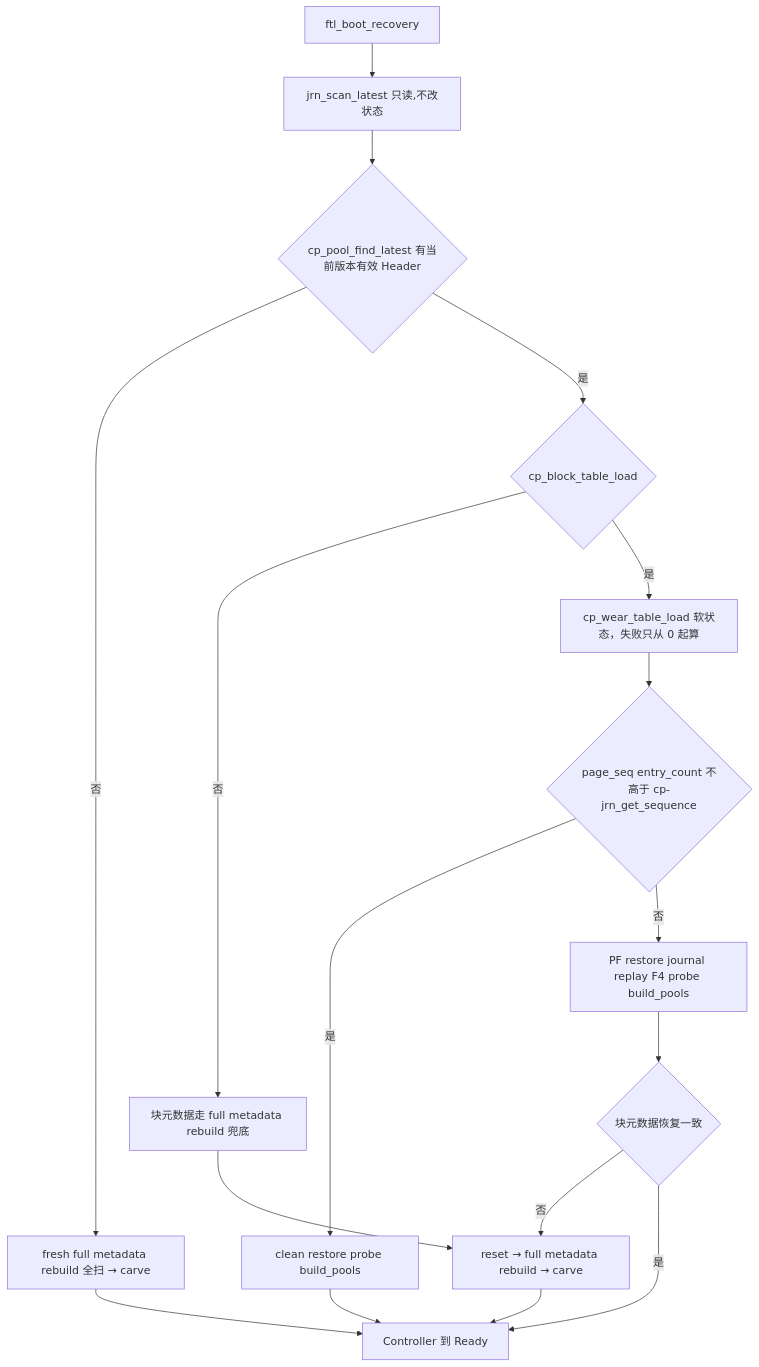
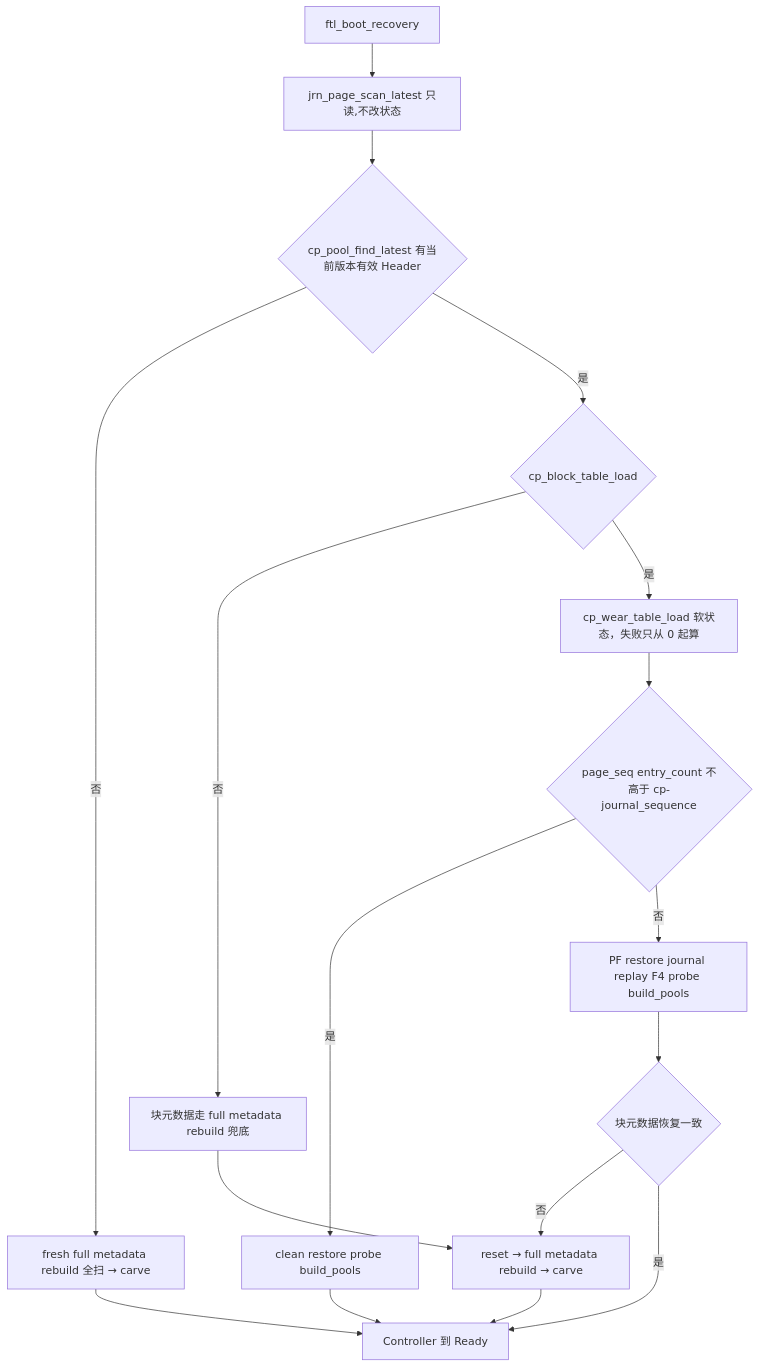
The sixth of 32 diagrams in docs/design/ftl_design.md (YzYMIAO/BASESSD), drawn with Mermaid before and after one commit. The commit also changed other lines of this file and 12 other files, not shown here.

First line of the commit message:
refactor(ftl): journal 函数命名与 bool 状态收口

````diff
--- a/docs/design/ftl_design.md
+++ b/docs/design/ftl_design.md
@@ -1156,19 +1156,19 @@
 ```mermaid
 flowchart TD
-    BOOT["ftl_boot_recovery"] --> LATEST["jrn_scan_latest 只读,不改状态"]
+    BOOT["ftl_boot_recovery"] --> LATEST["jrn_page_scan_latest 只读,不改状态"]
     LATEST --> FIND{"cp_pool_find_latest 有当前版本有效 Header"}
     FIND -- "否" --> FRESH["fresh full metadata rebuild 全扫 → carve"]
     FIND -- "是" --> LOAD{"cp_block_table_load"}
     LOAD -- "否" --> PFALL["块元数据走 full metadata rebuild 兜底"]
     LOAD -- "是" --> WEAR["cp_wear_table_load 软状态，失败只从 0 起算"]
-    WEAR --> JUDGE{"page_seq entry_count 不高于 cp-jrn_get_sequence"}
+    WEAR --> JUDGE{"page_seq entry_count 不高于 cp-journal_sequence"}
     JUDGE -- "是" --> CLEAN["clean restore probe build_pools"]
     JUDGE -- "否" --> PF["PF restore journal replay F4 probe build_pools"]
     PFALL --> FULL_SCAN["reset → full metadata rebuild → carve"]
     PF --> PFOk{"块元数据恢复一致"}
     PFOk -- "否" --> FULL_SCAN
     PFOk -- "是" --> READY["Controller 到 Ready"]
     CLEAN --> READY
     FRESH --> READY
     FULL_SCAN --> READY
 ```
````
